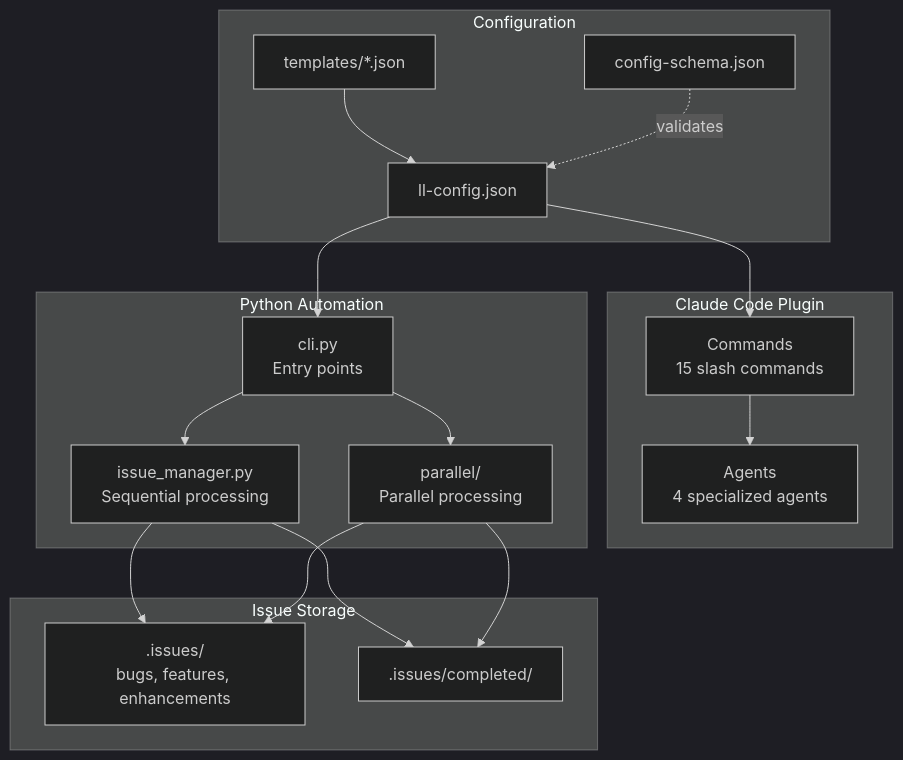
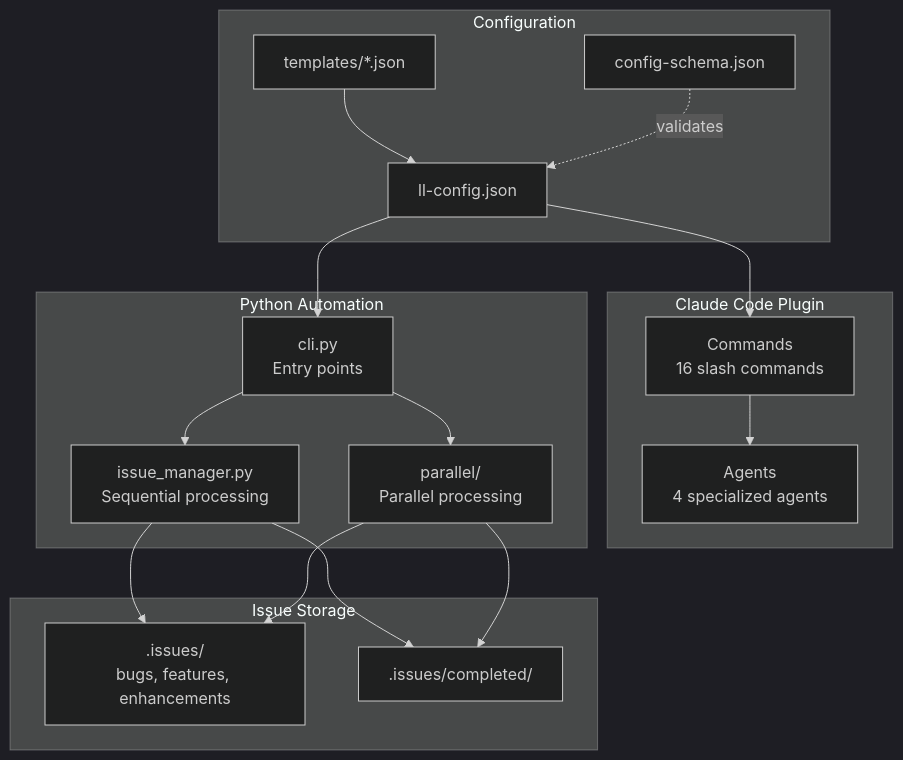
The first of 10 diagrams in docs/ARCHITECTURE.md (BrennonTWilliams/little-loops), drawn with Mermaid (dark theme) before and after one commit. The commit also changed other lines of this file and 1 other file, not shown here.

````diff
--- a/docs/ARCHITECTURE.md
+++ b/docs/ARCHITECTURE.md
@@ -20,36 +20,36 @@
 ```mermaid
 flowchart TB
     subgraph "Claude Code Plugin"
-        CMD[Commands<br/>15 slash commands]
+        CMD[Commands<br/>16 slash commands]
         AGT[Agents<br/>4 specialized agents]
     end
 
     subgraph "Configuration"
         CFG[ll-config.json]
         SCHEMA[config-schema.json]
         TPL[templates/*.json]
     end
 
     subgraph "Python Automation"
         CLI[cli.py<br/>Entry points]
         AUTO[issue_manager.py<br/>Sequential processing]
         PARALLEL[parallel/<br/>Parallel processing]
     end
 
     subgraph "Issue Storage"
         ISSUES[.issues/<br/>bugs, features, enhancements]
         COMPLETED[.issues/completed/]
     end
 
     CFG --> CMD
     TPL --> CFG
     SCHEMA -.->|validates| CFG
     CFG --> CLI
     CMD --> AGT
     CLI --> AUTO
     CLI --> PARALLEL
     AUTO --> ISSUES
     PARALLEL --> ISSUES
     AUTO --> COMPLETED
     PARALLEL --> COMPLETED
 ```
````
